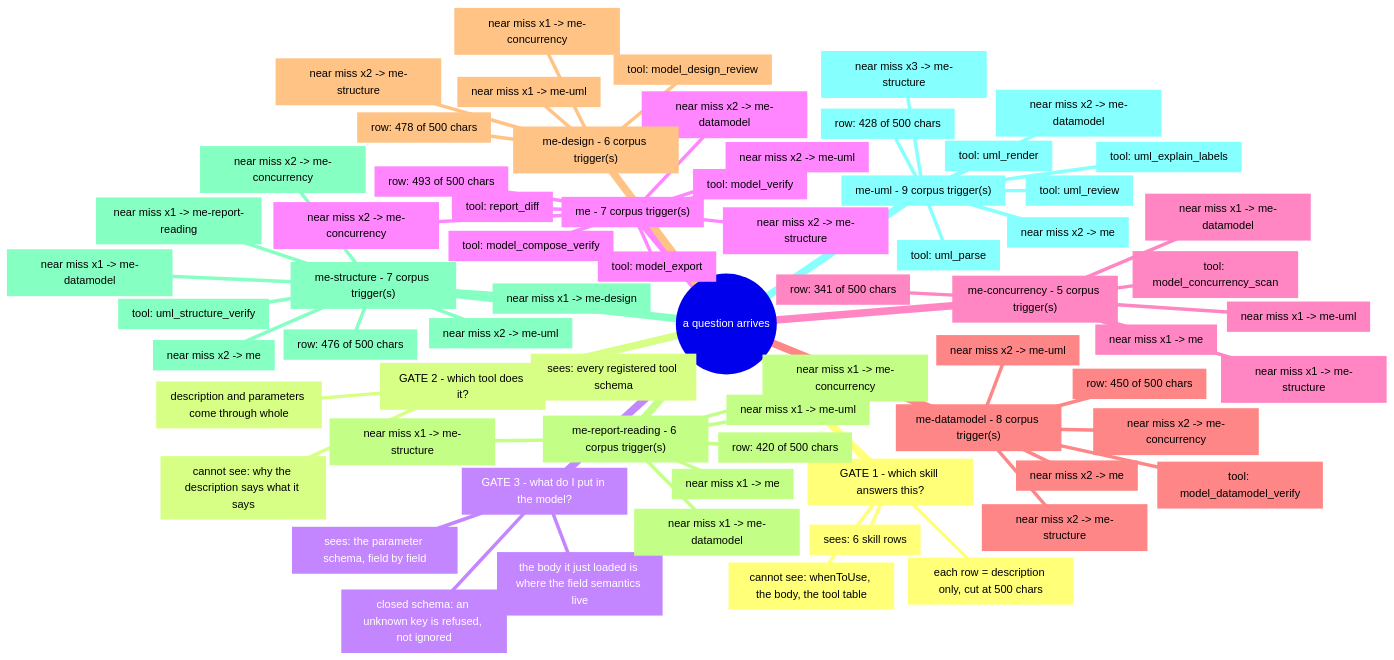
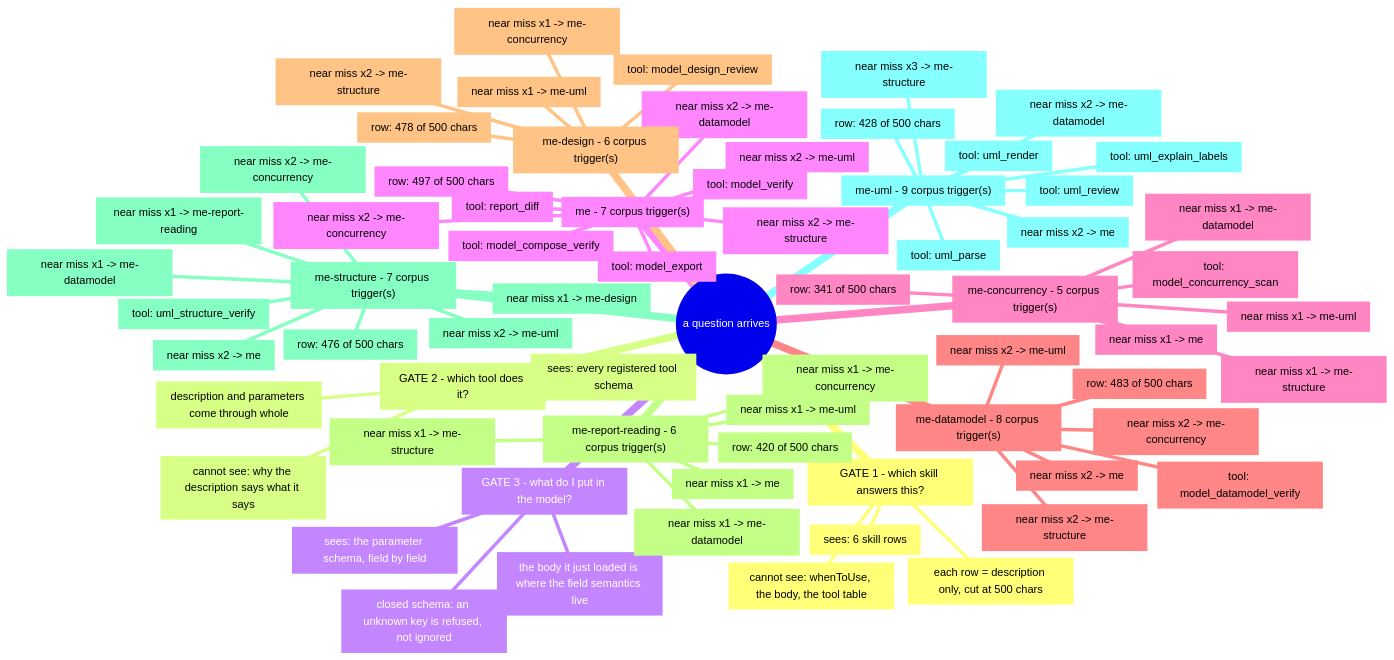
Before and after one commit to AmethystLuna/dsh-model-everything: the diagram in docs/routing-map.md, drawn with Mermaid. The commit also changed other lines of this file and 17 other files, not shown here.

````diff
--- a/docs/routing-map.md
+++ b/docs/routing-map.md
@@ -9,71 +9,71 @@
 ```mermaid
 mindmap
   root(("a question arrives"))
     gate1["GATE 1 - which skill answers this?"]
       sees1["sees: 6 skill rows"]
       budget["each row = description only, cut at 500 chars"]
       blind1["cannot see: whenToUse, the body, the tool table"]
     gate2["GATE 2 - which tool does it?"]
       sees2["sees: every registered tool schema"]
       whole["description and parameters come through whole"]
       blind2["cannot see: why the description says what it says"]
     gate3["GATE 3 - what do I put in the model?"]
       schema["sees: the parameter schema, field by field"]
       closed["closed schema: an unknown key is refused, not ignored"]
       story["the body it just loaded is where the field semantics live"]
     me["me - 7 corpus trigger(s)"]
-      len["row: 493 of 500 chars"]
+      len["row: 497 of 500 chars"]
       model_verify["tool: model_verify"]
       model_compose_verify["tool: model_compose_verify"]
       model_export["tool: model_export"]
       report_diff["tool: report_diff"]
       model_everything_concurrency["near miss x2 -> me-concurrency"]
       model_everything_datamodel["near miss x2 -> me-datamodel"]
       model_everything_structure["near miss x2 -> me-structure"]
       model_everything_uml["near miss x2 -> me-uml"]
     me-concurrency["me-concurrency - 5 corpus trigger(s)"]
       len["row: 341 of 500 chars"]
       model_concurrency_scan["tool: model_concurrency_scan"]
       model_everything["near miss x1 -> me"]
       model_everything_datamodel["near miss x1 -> me-datamodel"]
       model_everything_uml["near miss x1 -> me-uml"]
       model_everything_structure["near miss x1 -> me-structure"]
     me-datamodel["me-datamodel - 8 corpus trigger(s)"]
-      len["row: 450 of 500 chars"]
+      len["row: 483 of 500 chars"]
       model_datamodel_verify["tool: model_datamodel_verify"]
       model_everything_uml["near miss x2 -> me-uml"]
       model_everything_concurrency["near miss x2 -> me-concurrency"]
       model_everything["near miss x2 -> me"]
       model_everything_structure["near miss x2 -> me-structure"]
     me-design["me-design - 6 corpus trigger(s)"]
       len["row: 478 of 500 chars"]
       model_design_review["tool: model_design_review"]
       model_everything_structure["near miss x2 -> me-structure"]
       model_everything_uml["near miss x1 -> me-uml"]
       model_everything_concurrency["near miss x1 -> me-concurrency"]
     me-report-reading["me-report-reading - 6 corpus trigger(s)"]
       len["row: 420 of 500 chars"]
       model_everything["near miss x1 -> me"]
       model_everything_concurrency["near miss x1 -> me-concurrency"]
       model_everything_datamodel["near miss x1 -> me-datamodel"]
       model_everything_structure["near miss x1 -> me-structure"]
       model_everything_uml["near miss x1 -> me-uml"]
     me-structure["me-structure - 7 corpus trigger(s)"]
       len["row: 476 of 500 chars"]
       uml_structure_verify["tool: uml_structure_verify"]
       model_everything_uml["near miss x2 -> me-uml"]
       model_everything_concurrency["near miss x2 -> me-concurrency"]
       model_everything["near miss x2 -> me"]
       model_everything_datamodel["near miss x1 -> me-datamodel"]
       model_everything_design["near miss x1 -> me-design"]
       model_everything_report_reading["near miss x1 -> me-report-reading"]
     me-uml["me-uml - 9 corpus trigger(s)"]
       len["row: 428 of 500 chars"]
       uml_render["tool: uml_render"]
       uml_parse["tool: uml_parse"]
       uml_review["tool: uml_review"]
       uml_explain_labels["tool: uml_explain_labels"]
       model_everything_structure["near miss x3 -> me-structure"]
       model_everything["near miss x2 -> me"]
       model_everything_datamodel["near miss x2 -> me-datamodel"]
 ```
````
